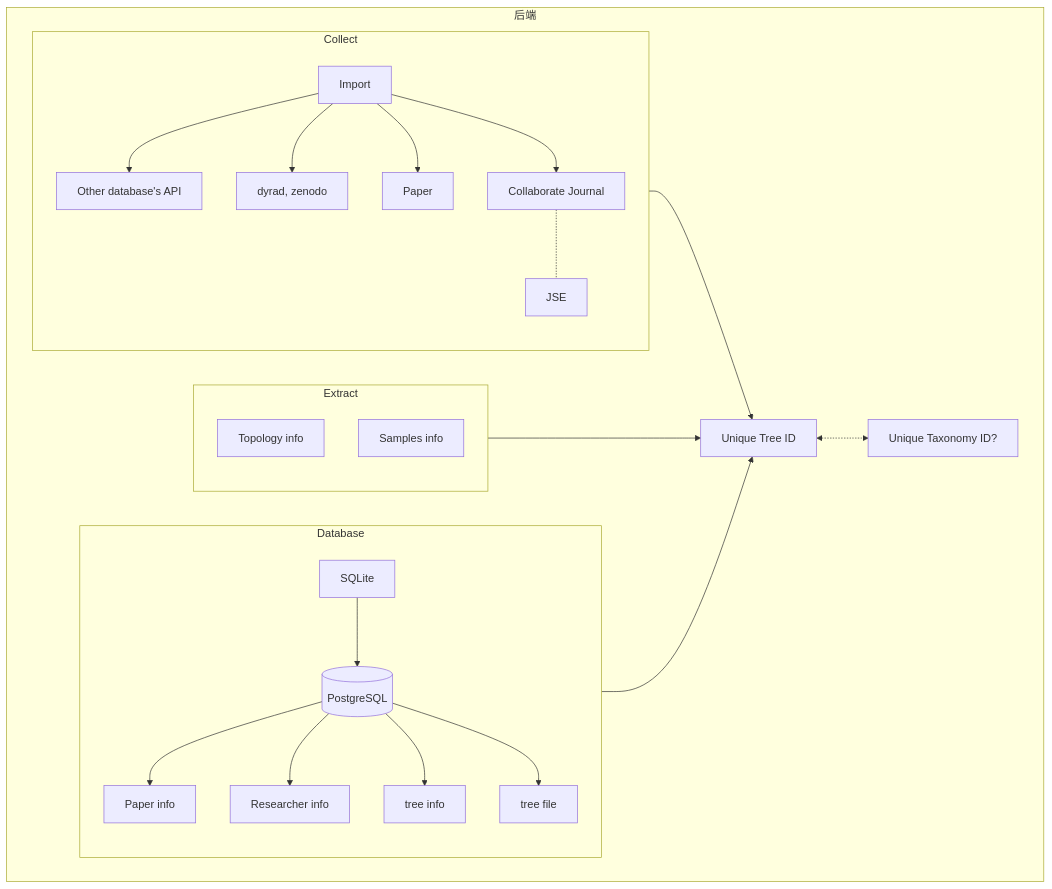
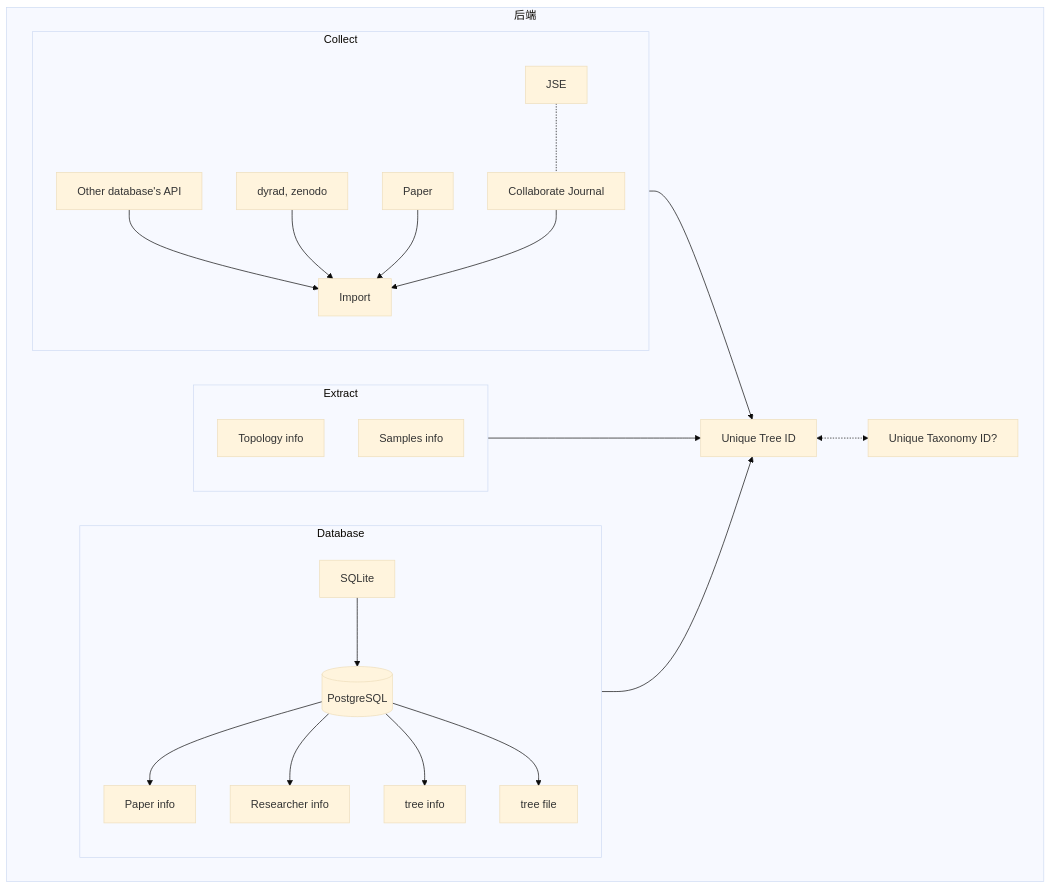
The third of 3 diagrams in README.md (wpwupingwp/treehub), drawn with Mermaid before and after one commit. The commit also changed other lines of this file, not shown here.

````diff
--- a/README.md
+++ b/README.md
@@ -98,26 +102,28 @@
 ```mermaid
+%%{init: {'theme': 'base'}}%%
 flowchart TB
     subgraph 后端
         u[Unique Tree ID] <-.-> t[Unique Taxonomy ID?]
         subgraph Collect
-            Import --> s1[Other database's API]
-            Import --> s2[dyrad, zenodo]
-            Import --> s3[Paper]
-            Import --> s4[Collaborate Journal] -.- JSE
+            s1[Other database's API] --> Import
+            s2[dyrad, zenodo] --> Import
+            s3[Paper] --> Import
+            s4[Collaborate Journal] --> Import
+            JSE -.- s4
         end
         subgraph Extract
             e1[Topology info]
             e2[Samples info]
         end
         subgraph Database
             db1 --> d2[Paper info]
             db1 --> d3[Researcher info]
             db1 --> d4[tree info]
             db1 --> d5[tree file]
             SQLite --> db1[(PostgreSQL)]
         end
         Collect --> u
         Extract --> u
         Database --> u
     end
 ```
````
